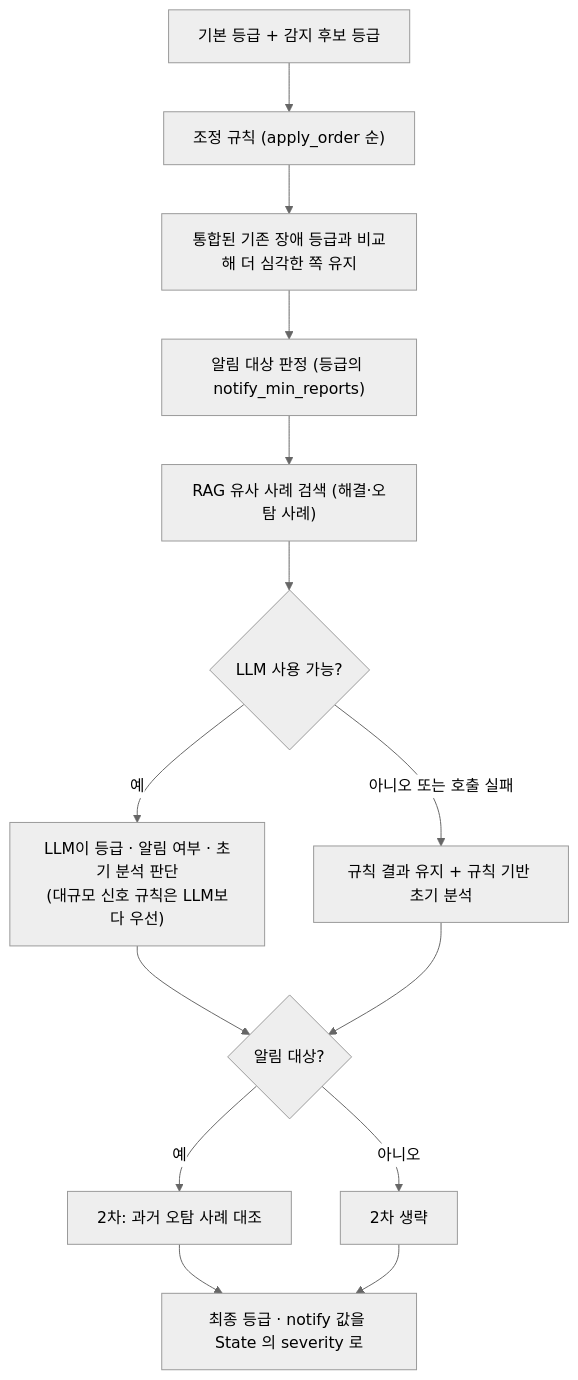
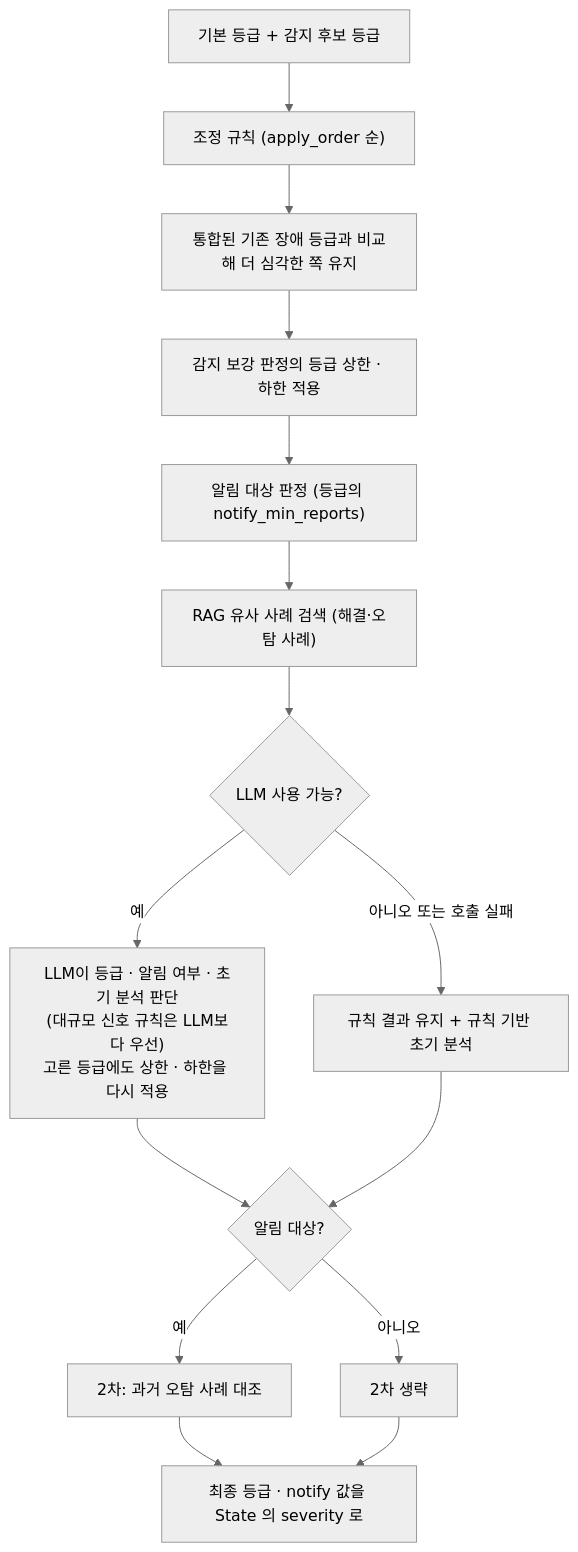
One commit to jogabin/VocAi changed the fourth of 6 diagrams in docs/architecture/architecture.md. Above: the diagram before and after it, drawn with Mermaid (neutral theme). The commit also changed other lines of this file and 9 other files, not shown here.

````diff
--- a/docs/architecture/architecture.md
+++ b/docs/architecture/architecture.md
@@ -179,16 +196,17 @@
 ```mermaid
 flowchart TD
   A["기본 등급 + 감지 후보 등급"] --> B["조정 규칙 (apply_order 순)"]
   B --> C["통합된 기존 장애 등급과 비교해 더 심각한 쪽 유지"]
-  C --> D["알림 대상 판정 (등급의 notify_min_reports)"]
+  C --> C2["감지 보강 판정의 등급 상한 · 하한 적용"]
+  C2 --> D["알림 대상 판정 (등급의 notify_min_reports)"]
   D --> E["RAG 유사 사례 검색 (해결·오탐 사례)"]
   E --> F{"LLM 사용 가능?"}
-  F -- "예" --> G["LLM이 등급 · 알림 여부 · 초기 분석 판단<br/>(대규모 신호 규칙은 LLM보다 우선)"]
+  F -- "예" --> G["LLM이 등급 · 알림 여부 · 초기 분석 판단<br/>(대규모 신호 규칙은 LLM보다 우선)<br/>고른 등급에도 상한 · 하한을 다시 적용"]
   F -- "아니오 또는 호출 실패" --> H["규칙 결과 유지 + 규칙 기반 초기 분석"]
   G --> I{"알림 대상?"}
   H --> I
   I -- "예" --> J["2차: 과거 오탐 사례 대조"]
   I -- "아니오" --> K["2차 생략"]
   J --> L["최종 등급 · notify 값을 State 의 severity 로"]
   K --> L
 ```
````
